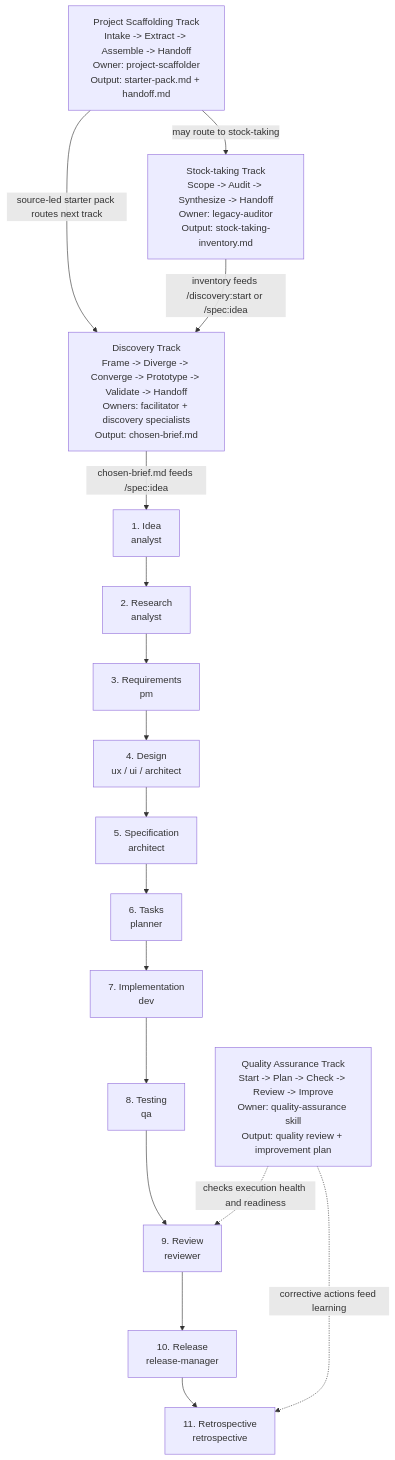
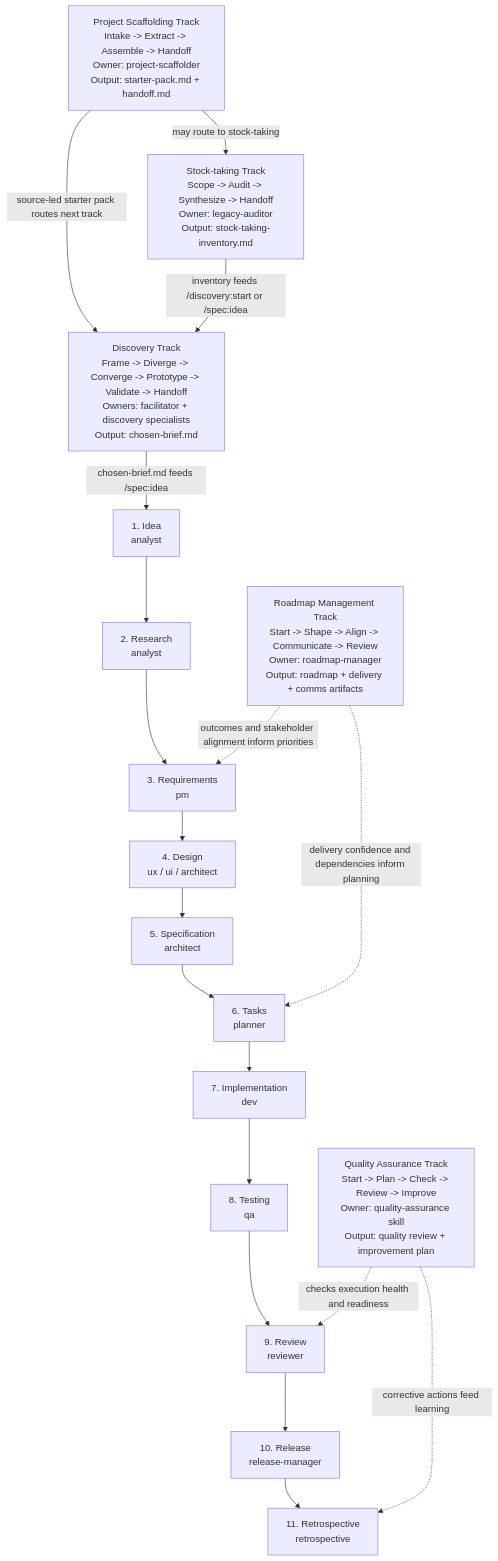
One commit to Luis85/agentic-workflow changed the first of 2 diagrams in docs/workflow-overview.md. Above: the diagram before and after it, drawn with Mermaid. The commit also changed other lines of this file and 25 other files, not shown here.

Commit message:
feat(roadmap): add ADR-0012 roadmap management track

````diff
--- a/docs/workflow-overview.md
+++ b/docs/workflow-overview.md
@@ -3,36 +3,39 @@
 ```mermaid
 flowchart TD
     scaffold["Project Scaffolding Track<br/>Intake -> Extract -> Assemble -> Handoff<br/>Owner: project-scaffolder<br/>Output: starter-pack.md + handoff.md"]
     stock["Stock-taking Track<br/>Scope -> Audit -> Synthesize -> Handoff<br/>Owner: legacy-auditor<br/>Output: stock-taking-inventory.md"]
     discovery["Discovery Track<br/>Frame -> Diverge -> Converge -> Prototype -> Validate -> Handoff<br/>Owners: facilitator + discovery specialists<br/>Output: chosen-brief.md"]
     quality["Quality Assurance Track<br/>Start -> Plan -> Check -> Review -> Improve<br/>Owner: quality-assurance skill<br/>Output: quality review + improvement plan"]
+    roadmap["Roadmap Management Track<br/>Start -> Shape -> Align -> Communicate -> Review<br/>Owner: roadmap-manager<br/>Output: roadmap + delivery + comms artifacts"]
 
     idea["1. Idea<br/>analyst"]
     research["2. Research<br/>analyst"]
     requirements["3. Requirements<br/>pm"]
     design["4. Design<br/>ux / ui / architect"]
     specification["5. Specification<br/>architect"]
     tasks["6. Tasks<br/>planner"]
     implementation["7. Implementation<br/>dev"]
     testing["8. Testing<br/>qa"]
     review["9. Review<br/>reviewer"]
     release["10. Release<br/>release-manager"]
     retro["11. Retrospective<br/>retrospective"]
 
     scaffold -->|source-led starter pack routes next track| discovery
     scaffold -->|may route to stock-taking| stock
     stock -->|inventory feeds /discovery:start or /spec:idea| discovery
     discovery -->|chosen-brief.md feeds /spec:idea| idea
     idea --> research
     research --> requirements
     requirements --> design
     design --> specification
     specification --> tasks
     tasks --> implementation
     implementation --> testing
     testing --> review
     review --> release
     release --> retro
     quality -.->|checks execution health and readiness| review
     quality -.->|corrective actions feed learning| retro
+    roadmap -.->|outcomes and stakeholder alignment inform priorities| requirements
+    roadmap -.->|delivery confidence and dependencies inform planning| tasks
 ```
````
